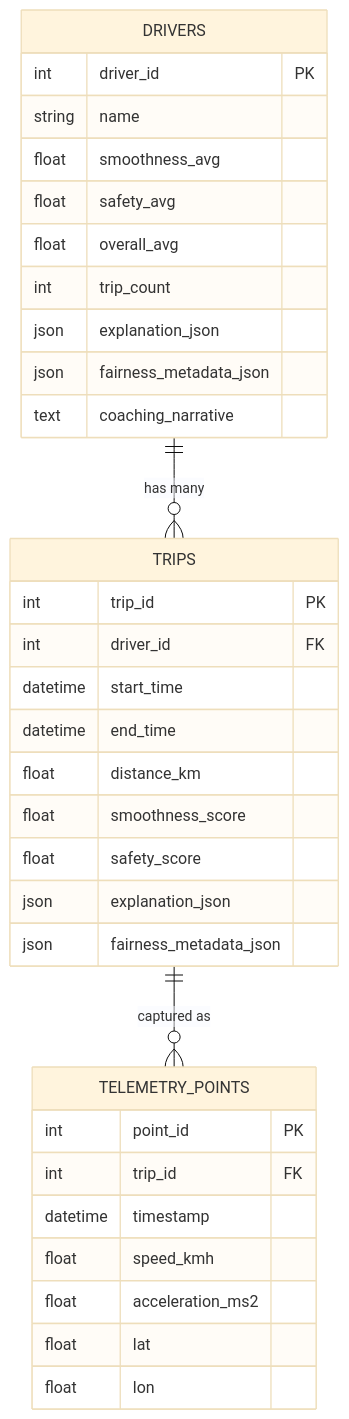
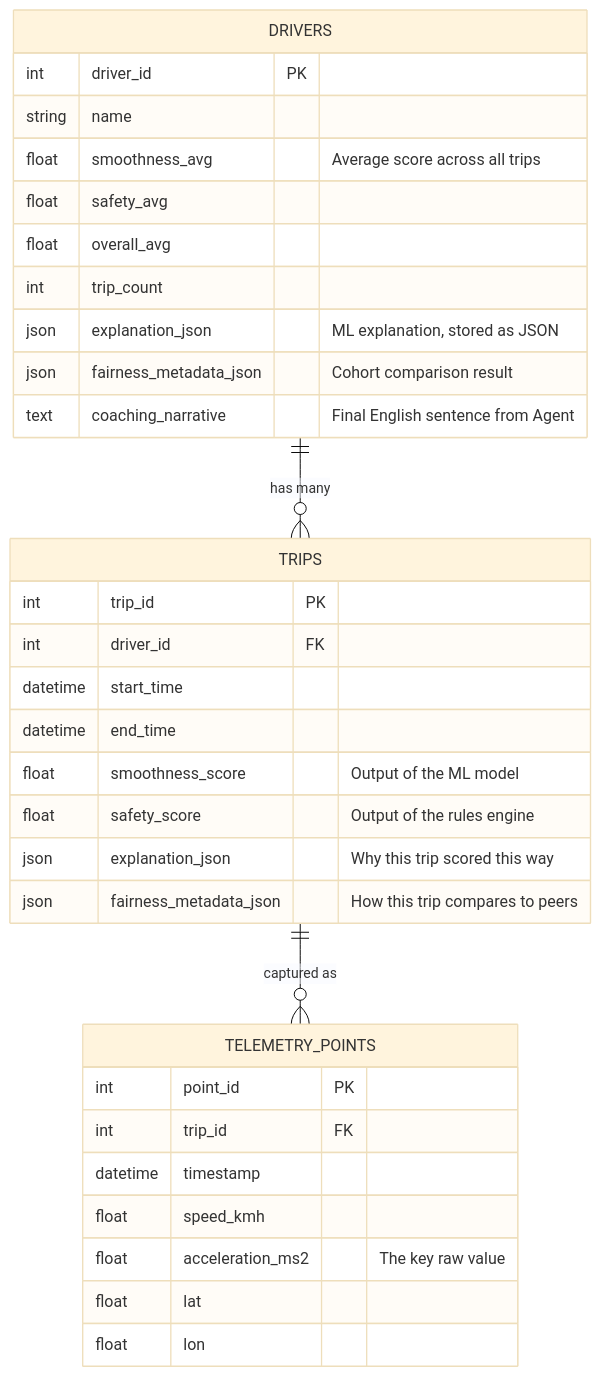
Before and after one commit to Project-Be-Better/learning-ml: the third of 16 diagrams in docs/ml_pipeline_guide.md, drawn with Mermaid (base theme). The commit also changed other lines of this file, not shown here.

````diff
--- a/docs/ml_pipeline_guide.md
+++ b/docs/ml_pipeline_guide.md
@@ -47,37 +50,36 @@
 ```mermaid
 erDiagram
     DRIVERS {
         int driver_id PK
         string name
-        float smoothness_avg
+        float smoothness_avg "Average score across all trips"
         float safety_avg
         float overall_avg
         int trip_count
-        json explanation_json
-        json fairness_metadata_json
-        text coaching_narrative
+        json explanation_json "ML explanation, stored as JSON"
+        json fairness_metadata_json "Cohort comparison result"
+        text coaching_narrative "Final English sentence from Agent"
     }
     TRIPS {
         int trip_id PK
         int driver_id FK
         datetime start_time
         datetime end_time
-        float distance_km
-        float smoothness_score
-        float safety_score
-        json explanation_json
-        json fairness_metadata_json
+        float smoothness_score "Output of the ML model"
+        float safety_score "Output of the rules engine"
+        json explanation_json "Why this trip scored this way"
+        json fairness_metadata_json "How this trip compares to peers"
     }
     TELEMETRY_POINTS {
         int point_id PK
         int trip_id FK
         datetime timestamp
         float speed_kmh
-        float acceleration_ms2
+        float acceleration_ms2 "The key raw value"
         float lat
         float lon
     }
 
     DRIVERS ||--o{ TRIPS : "has many"
     TRIPS ||--o{ TELEMETRY_POINTS : "captured as"
 ```
````
